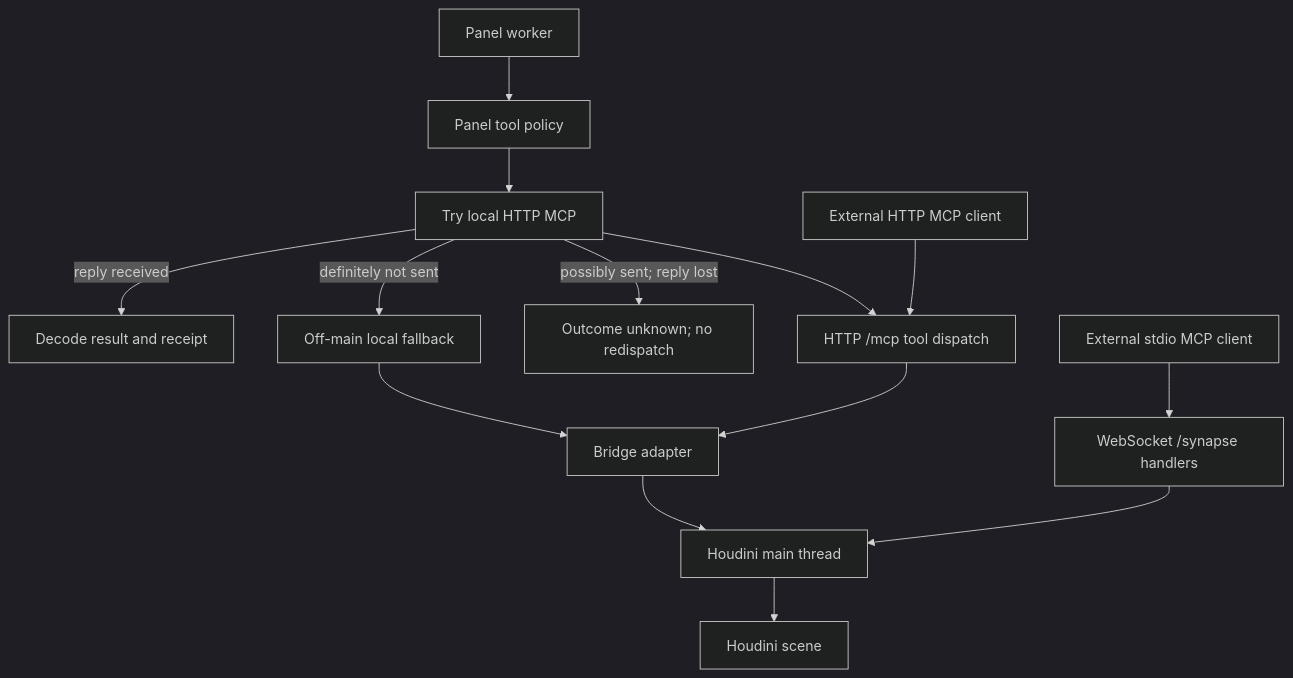
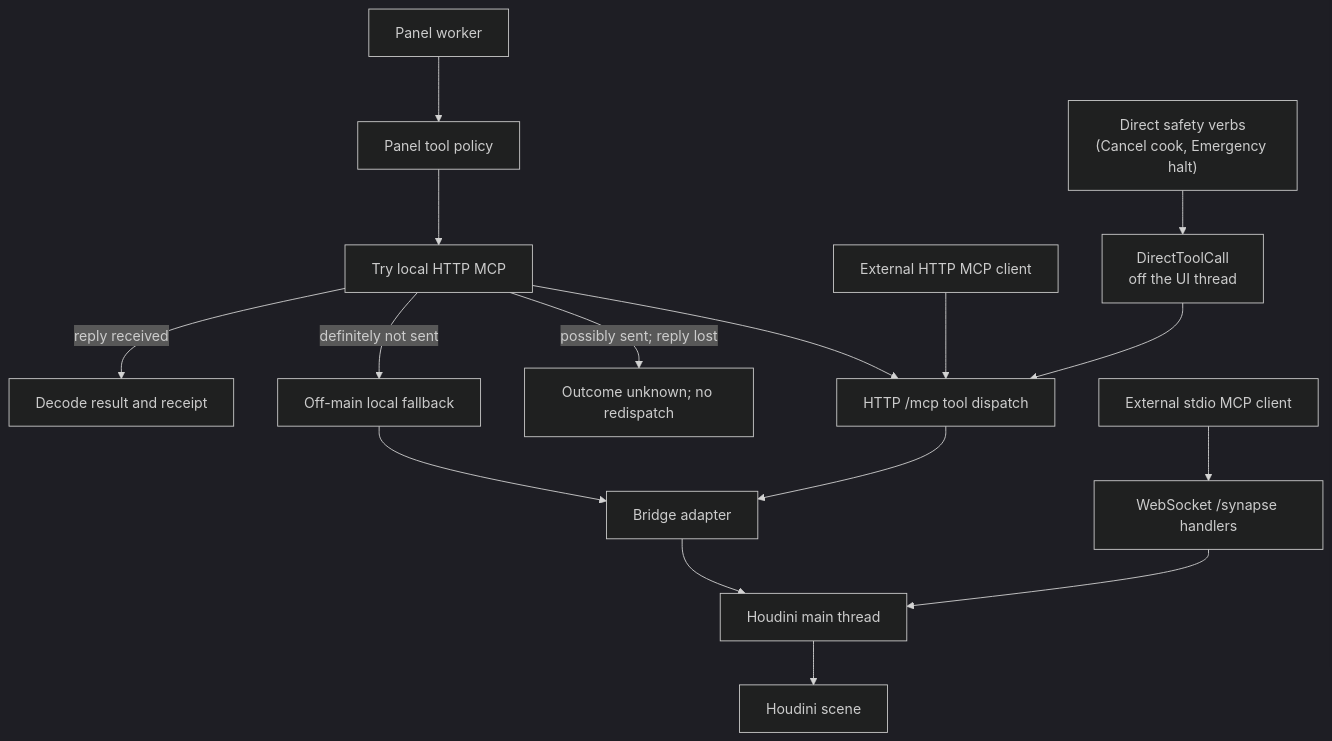
The second of 5 diagrams in docs/architecture/overview.md (JosephOIbrahim/Synapse), drawn with Mermaid (dark theme) before and after one commit. The commit also changed other lines of this file and 2 other files, not shown here.

````diff
--- a/docs/architecture/overview.md
+++ b/docs/architecture/overview.md
@@ -33,16 +33,18 @@
 ```mermaid
 flowchart TD
     P["Panel worker"] --> POLICY["Panel tool policy"]
     POLICY --> TRY["Try local HTTP MCP"]
     TRY -->|"reply received"| RESULT["Decode result and receipt"]
     TRY -->|"definitely not sent"| FALLBACK["Off-main local fallback"]
     TRY -->|"possibly sent; reply lost"| UNKNOWN["Outcome unknown; no redispatch"]
     TRY --> HTTP["HTTP /mcp tool dispatch"]
     EXT["External HTTP MCP client"] --> HTTP
+    VERB["Direct safety verbs<br/>(Cancel cook, Emergency halt)"] --> DTC["DirectToolCall<br/>off the UI thread"]
+    DTC --> HTTP
     HTTP --> BRIDGE["Bridge adapter"]
     FALLBACK --> BRIDGE
     STDIO["External stdio MCP client"] --> WS["WebSocket /synapse handlers"]
     BRIDGE --> MAIN["Houdini main thread"]
     WS --> MAIN
     MAIN --> SCENE["Houdini scene"]
 ```
````
